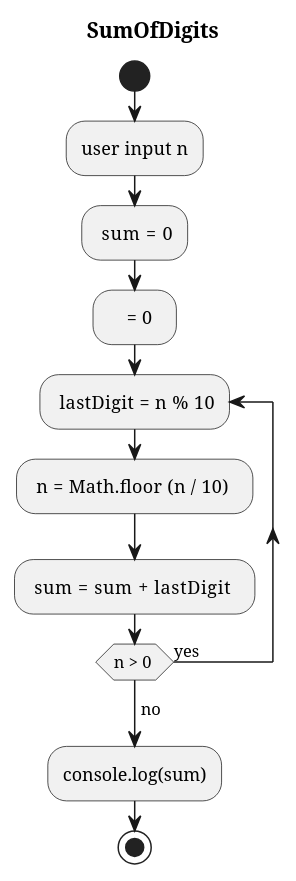
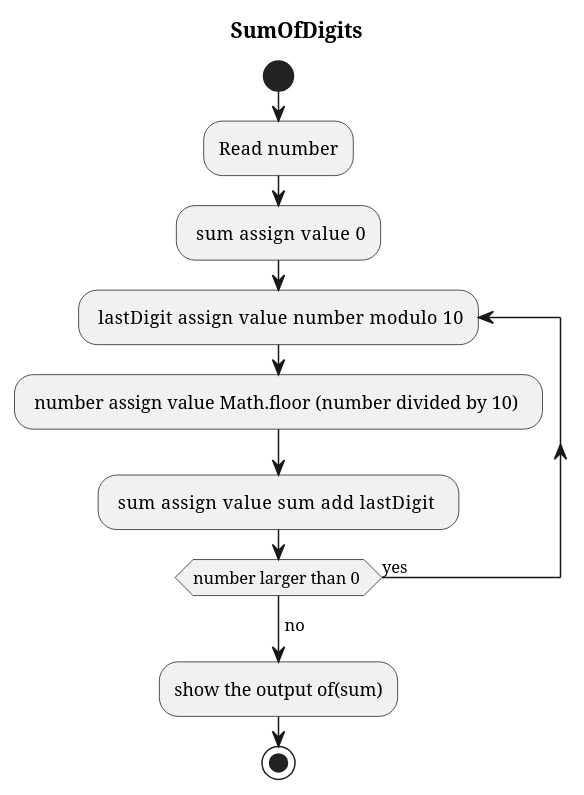
Before and after one commit to codingPhuc/B-i-t-p-nh-p-m-n-l-p-tr-nh: the diagram in diagram/1c.wsd, drawn with PlantUML. The commit also changed 102 other files, not shown here.

```diff
--- a/diagram/1c.wsd
+++ b/diagram/1c.wsd
@@ -1,14 +1,13 @@
 @startuml 
     title   SumOfDigits 
     start
-    :user input  n;
-    : sum =  0; 
-    :    = 0  ; 
-    repeat: lastDigit  =  n % 10;
-    : n  = Math.floor (n  / 10)  ; 
-    : sum  =  sum  + lastDigit  ;
-    repeat  while (n > 0 ) is(yes)
+    :Read  number;
+    : sum assign value   0; 
+    repeat: lastDigit  assign value   number modulo  10;
+    : number  assign value  Math.floor (number  divided by 10)  ; 
+    : sum  assign value   sum  add lastDigit  ;
+    repeat  while (number larger than 0 ) is(yes)
     -> no ; 
-    :console.log(sum);
+    :show the output of(sum);
     stop
 @enduml
```
